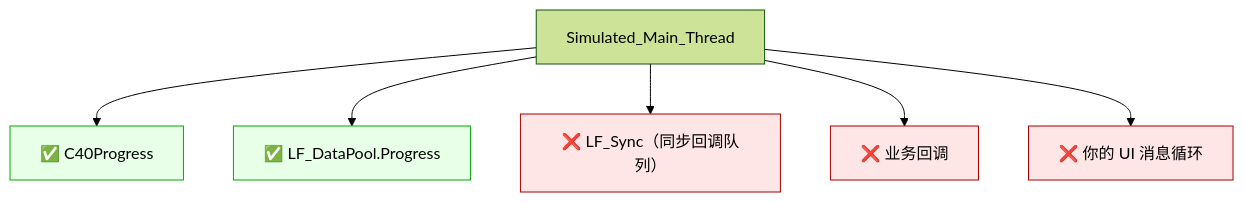
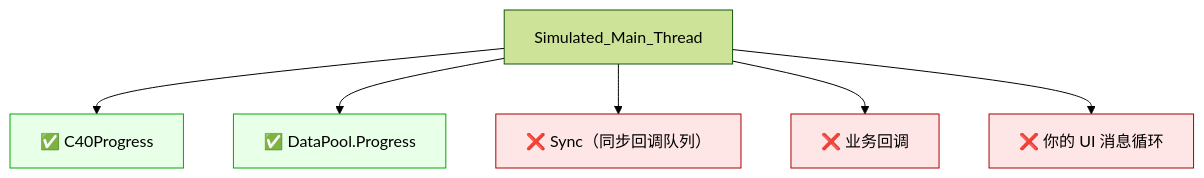
The third of 4 diagrams in doc/LF_Simulated_Main_Thread.md (PassByYou888/LingoFuse), drawn with Mermaid (forest theme) before and after one commit. The commit also changed other lines of this file, not shown here.

````diff
--- a/doc/LF_Simulated_Main_Thread.md
+++ b/doc/LF_Simulated_Main_Thread.md
@@ -81,14 +76,14 @@
 ```mermaid
 flowchart TD
     A["Simulated_Main_Thread"] --> B["✅ C40Progress"]
-    A --> C["✅ LF_DataPool.Progress"]
-    A --> D["❌ LF_Sync（同步回调队列）"]
+    A --> C["✅ DataPool.Progress"]
+    A --> D["❌ Sync（同步回调队列）"]
     A --> E["❌ 业务回调"]
     A --> F["❌ 你的 UI 消息循环"]
 
     style B fill:#e8ffe8,stroke:#0a0
     style C fill:#e8ffe8,stroke:#0a0
     style D fill:#ffe6e6,stroke:#a00
     style E fill:#ffe6e6,stroke:#a00
     style F fill:#ffe6e6,stroke:#a00
 ```
````
